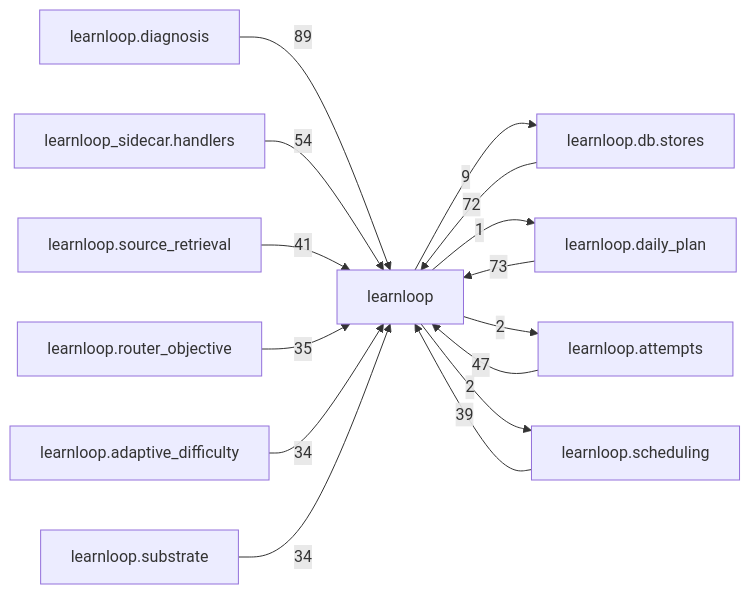
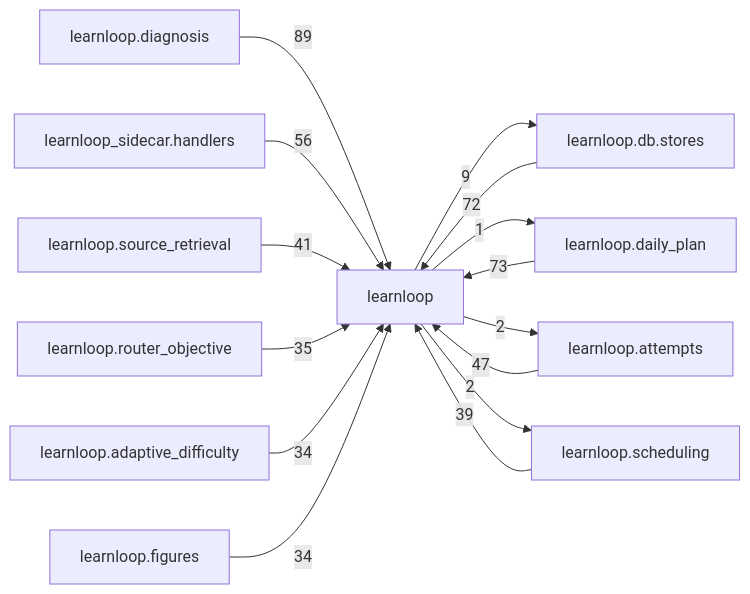
Before and after one commit to 6up-b/learnanything: the diagram in docs/learnloop-architecture-vault/Reference/Modules/learnloop/_package.md, drawn with Mermaid. The commit also changed other lines of this file and 315 other files, not shown here.

````diff
--- a/docs/learnloop-architecture-vault/Reference/Modules/learnloop/_package.md
+++ b/docs/learnloop-architecture-vault/Reference/Modules/learnloop/_package.md
@@ -271,28 +275,28 @@
 ```mermaid
 flowchart LR
     center["learnloop"]
     n_learnloop_diagnosis["learnloop.diagnosis"]
     n_learnloop_db_stores["learnloop.db.stores"]
     n_learnloop_daily_plan["learnloop.daily_plan"]
     n_learnloop_sidecar_handlers["learnloop_sidecar.handlers"]
     n_learnloop_attempts["learnloop.attempts"]
     n_learnloop_scheduling["learnloop.scheduling"]
     n_learnloop_source_retrieval["learnloop.source_retrieval"]
     n_learnloop_router_objective["learnloop.router_objective"]
     n_learnloop_adaptive_difficulty["learnloop.adaptive_difficulty"]
-    n_learnloop_substrate["learnloop.substrate"]
+    n_learnloop_figures["learnloop.figures"]
     n_learnloop_diagnosis -->|89| center
     n_learnloop_db_stores -->|72| center
     center -->|9| n_learnloop_db_stores
     n_learnloop_daily_plan -->|73| center
     center -->|1| n_learnloop_daily_plan
-    n_learnloop_sidecar_handlers -->|54| center
+    n_learnloop_sidecar_handlers -->|56| center
     n_learnloop_attempts -->|47| center
     center -->|2| n_learnloop_attempts
     n_learnloop_scheduling -->|39| center
     center -->|2| n_learnloop_scheduling
     n_learnloop_source_retrieval -->|41| center
     n_learnloop_router_objective -->|35| center
     n_learnloop_adaptive_difficulty -->|34| center
-    n_learnloop_substrate -->|34| center
+    n_learnloop_figures -->|34| center
 ```
````
